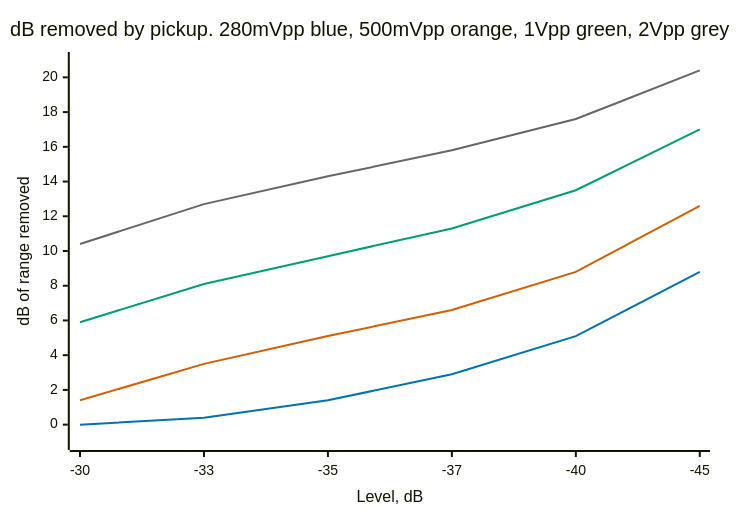
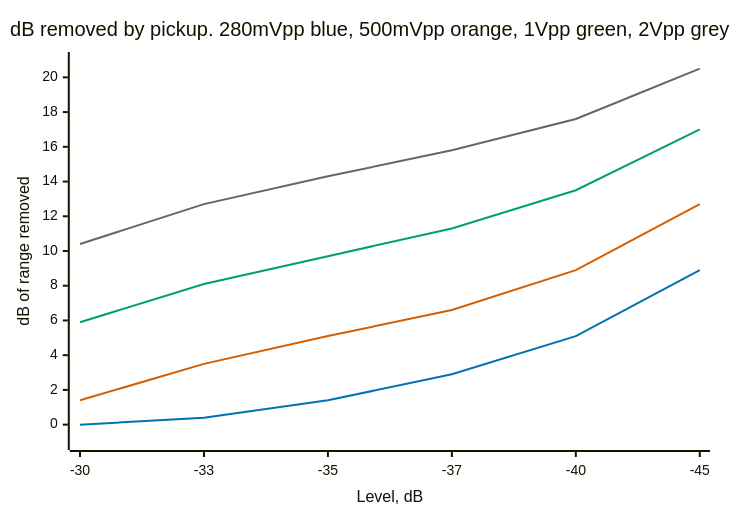
One commit to torvalds/GuitarPedal changed the sixth of 6 diagrams in Documentation/effects/compressor.md. Above: the diagram before and after it, drawn with Mermaid. The commit also changed other lines of this file and 3 other files, not shown here.

````diff
--- a/Documentation/effects/compressor.md
+++ b/Documentation/effects/compressor.md
@@ -177,11 +177,11 @@
 ```mermaid
 %%{init: {'themeVariables': {'xyChart': {'plotColorPalette': '#0072b2, #d55e00, #009e73, #666666'}}}}%%
 xychart-beta
     title "dB removed by pickup. 280mVpp blue, 500mVpp orange, 1Vpp green, 2Vpp grey"
     x-axis "Level, dB" [-30, -33, -35, -37, -40, -45]
     y-axis "dB of range removed" -1 --> 21
-    line [-0.0, 0.4, 1.4, 2.9, 5.1, 8.8]
-    line [1.4, 3.5, 5.1, 6.6, 8.8, 12.6]
+    line [-0, 0.4, 1.4, 2.9, 5.1, 8.9]
+    line [1.4, 3.5, 5.1, 6.6, 8.9, 12.7]
     line [5.9, 8.1, 9.7, 11.3, 13.5, 17.0]
-    line [10.4, 12.7, 14.3, 15.8, 17.6, 20.4]
+    line [10.4, 12.7, 14.3, 15.8, 17.6, 20.5]
 ```
````
